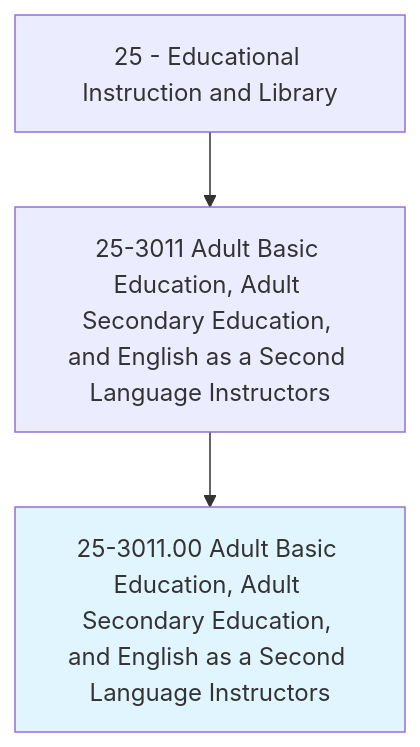
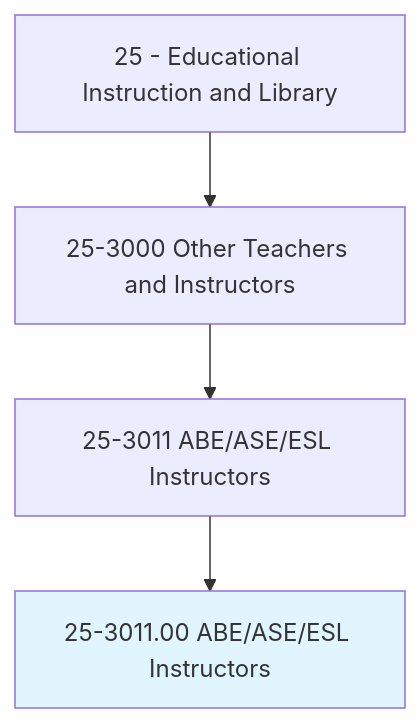
One commit to kziemski/business.org.ai changed the first of 4 diagrams in occupations/Education/AdultBasicEducationAdultSecondaryEducationAndEnglishAsASecondLanguageInstructors.mdx. Above: the diagram before and after it, drawn with Mermaid. The commit also changed other lines of this file and 938 other files, not shown here.

````diff
--- a/occupations/Education/AdultBasicEducationAdultSecondaryEducationAndEnglishAsASecondLanguageInstructors.mdx
+++ b/occupations/Education/AdultBasicEducationAdultSecondaryEducationAndEnglishAsASecondLanguageInstructors.mdx
@@ -19,6 +23,7 @@
 ```mermaid
 graph TD
-    Cat25["25 - Educational Instruction and Library"] --> Group253011["25-3011 Adult Basic Education, Adult Secondary Education, and English as a Second Language Instructors"]
-    Group253011 --> Current["25-3011.00 Adult Basic Education, Adult Secondary Education, and English as a Second Language Instructors"]
+    Cat25["25 - Educational Instruction and Library"] --> Group253["25-3000 Other Teachers and Instructors"]
+    Group253 --> Group253011["25-3011 ABE/ASE/ESL Instructors"]
+    Group253011 --> Current["25-3011.00 ABE/ASE/ESL Instructors"]
     style Current fill:#e1f5fe
 ```
````
